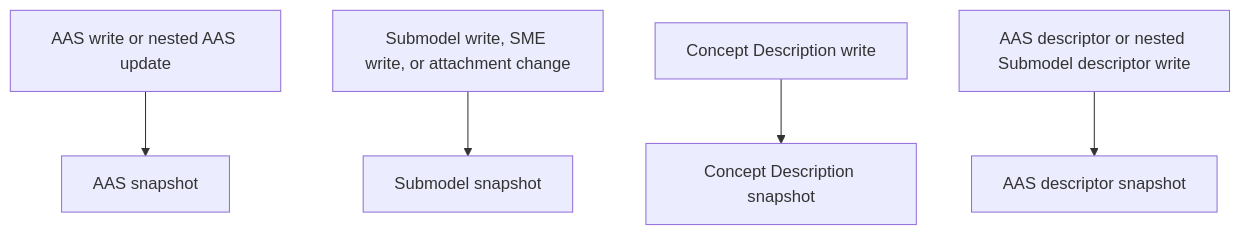
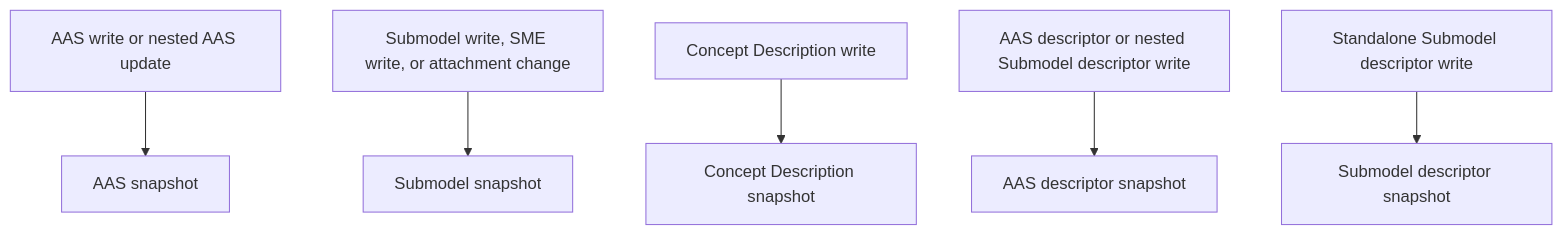
The second of 2 diagrams in docu/user/aas_api_v3_2.md (eclipse-basyx/basyx-go-components), drawn with Mermaid before and after one commit. The commit also changed other lines of this file and 31 other files, not shown here.

````diff
--- a/docu/user/aas_api_v3_2.md
+++ b/docu/user/aas_api_v3_2.md
@@ -214,7 +215,8 @@
 ```mermaid
 flowchart TD
     AAS["AAS write or nested AAS update"] --> AASSnapshot["AAS snapshot"]
     SME["Submodel write, SME write, or attachment change"] --> SMSnapshot["Submodel snapshot"]
     CD["Concept Description write"] --> CDSnapshot["Concept Description snapshot"]
     Descriptor["AAS descriptor or nested Submodel descriptor write"] --> DescriptorSnapshot["AAS descriptor snapshot"]
+    SMDescriptor["Standalone Submodel descriptor write"] --> SMDescriptorSnapshot["Submodel descriptor snapshot"]
 ```
````
